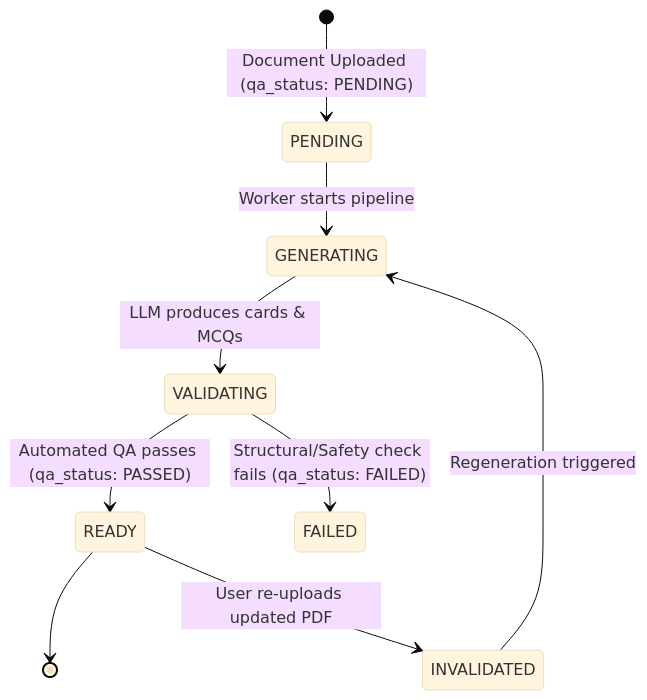
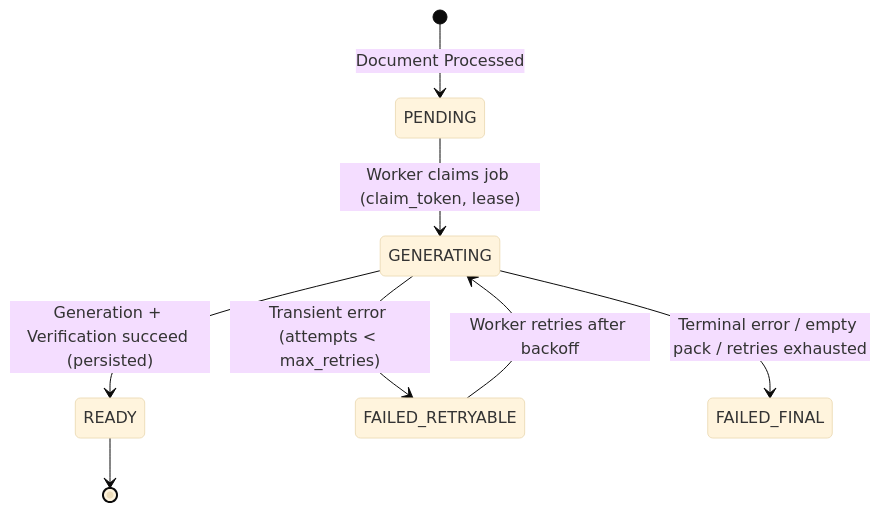
Before and after one commit to royervillegasgamarra-lab/medstudy-atlas: the second of 2 diagrams in docs/architecture/learning-engine.md, drawn with Mermaid (base theme). The commit also changed other lines of this file and 22 other files, not shown here.

````diff
--- a/docs/architecture/learning-engine.md
+++ b/docs/architecture/learning-engine.md
@@ -102,11 +103,10 @@
 ```mermaid
 stateDiagram-v2
-    [*] --> PENDING: Document Uploaded (qa_status: PENDING)
-    PENDING --> GENERATING: Worker starts pipeline
-    GENERATING --> VALIDATING: LLM produces cards & MCQs
-    VALIDATING --> READY: Automated QA passes (qa_status: PASSED)
-    VALIDATING --> FAILED: Structural/Safety check fails (qa_status: FAILED)
+    [*] --> PENDING: Document Processed
+    PENDING --> GENERATING: Worker claims job (claim_token, lease)
+    GENERATING --> READY: Generation + Verification succeed (persisted)
+    GENERATING --> FAILED_RETRYABLE: Transient error (attempts < max_retries)
+    FAILED_RETRYABLE --> GENERATING: Worker retries after backoff
+    GENERATING --> FAILED_FINAL: Terminal error / empty pack / retries exhausted
     READY --> [*]
-    READY --> INVALIDATED: User re-uploads updated PDF
-    INVALIDATED --> GENERATING: Regeneration triggered
 ```
````
